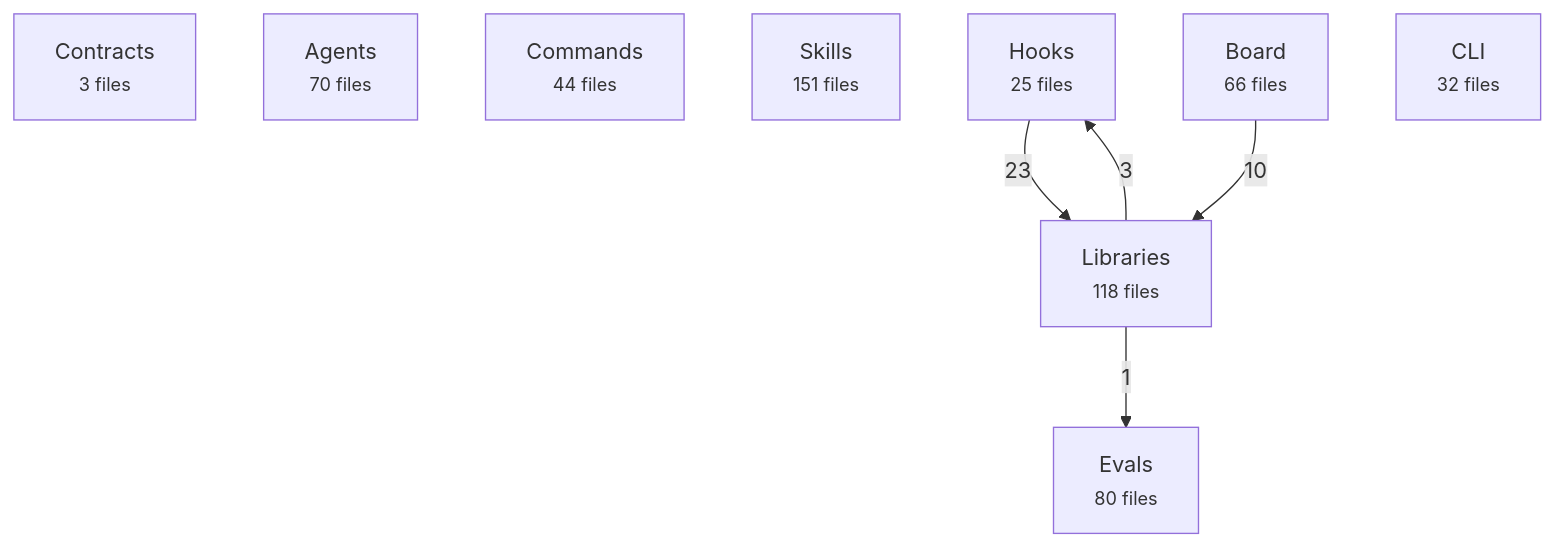
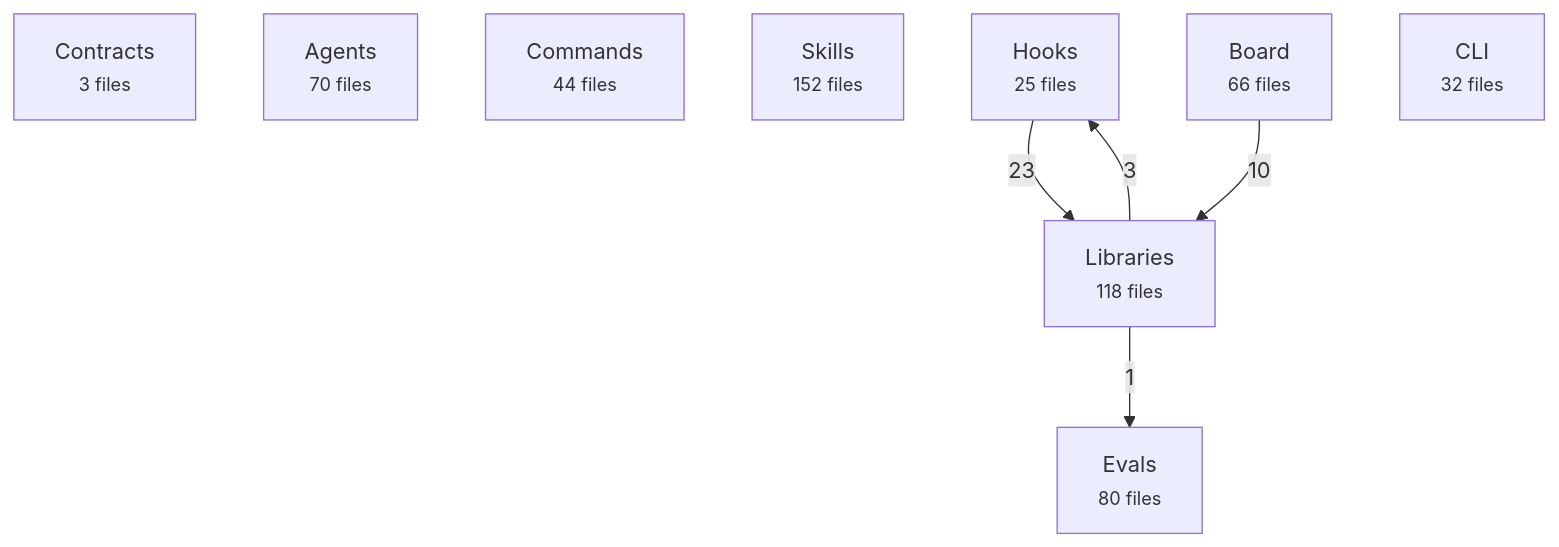
The first of 2 diagrams in docs/reference/architecture-map.md (avelikiy/great_cto), drawn with Mermaid before and after one commit. The commit also changed other lines of this file and 7 other files, not shown here.

````diff
--- a/docs/reference/architecture-map.md
+++ b/docs/reference/architecture-map.md
@@ -20,16 +20,16 @@
 ```mermaid
 flowchart TD
   contracts["Contracts<br/><small>3 files</small>"]
   agents["Agents<br/><small>70 files</small>"]
   commands["Commands<br/><small>44 files</small>"]
-  skills["Skills<br/><small>151 files</small>"]
+  skills["Skills<br/><small>152 files</small>"]
   hooks["Hooks<br/><small>25 files</small>"]
   libs["Libraries<br/><small>118 files</small>"]
   board["Board<br/><small>66 files</small>"]
   cli["CLI<br/><small>32 files</small>"]
   evals["Evals<br/><small>80 files</small>"]
   hooks -->|23| libs
   board -->|10| libs
   libs -->|3| hooks
   libs -->|1| evals
 ```
````
